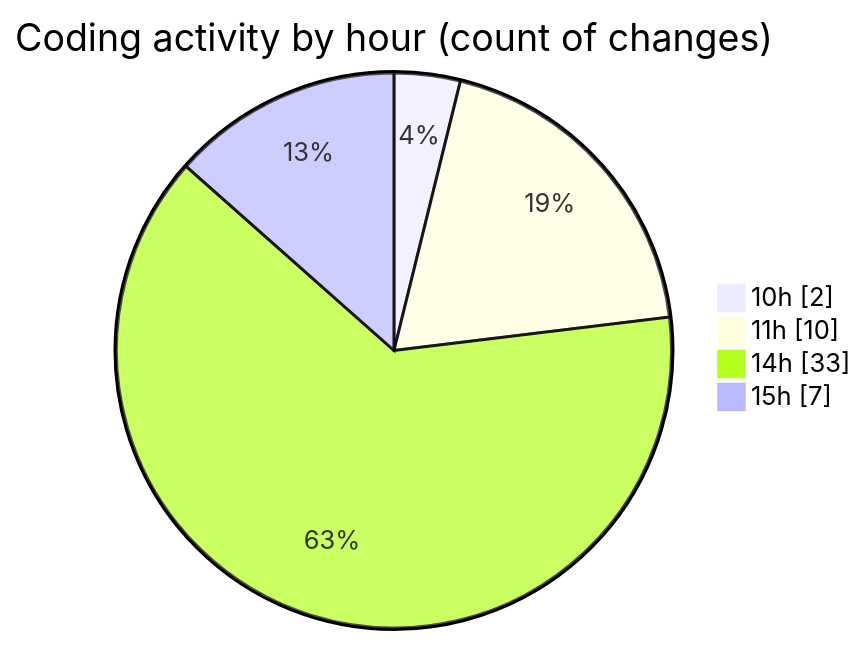
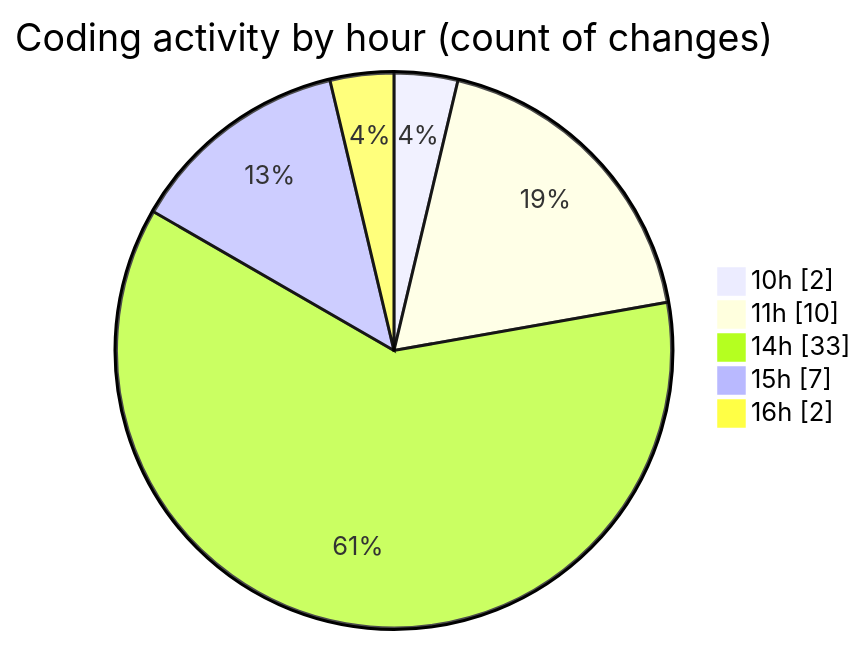
One commit to idhammustaqopulfikri/code-tracking changed the second of 2 diagrams in 2025-06-02/studio-backend/README.md. Above: the diagram before and after it, drawn with Mermaid. The commit also changed other lines of this file and 1 other file, not shown here.

````diff
--- a/2025-06-02/studio-backend/README.md
+++ b/2025-06-02/studio-backend/README.md
@@ -42,8 +43,9 @@
 ```mermaid
 pie showData
 title Coding activity by hour (count of changes)
 "10h" : 2
 "11h" : 10
 "14h" : 33
 "15h" : 7
+"16h" : 2
 ```
````
